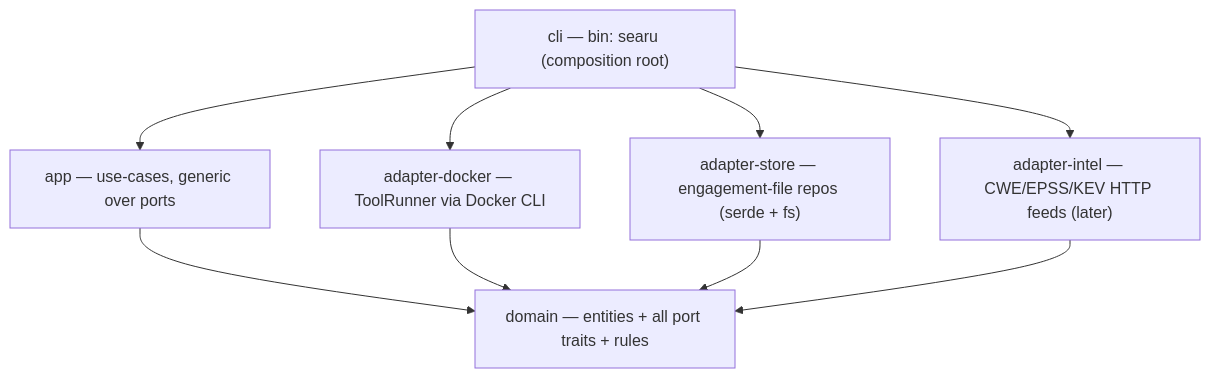
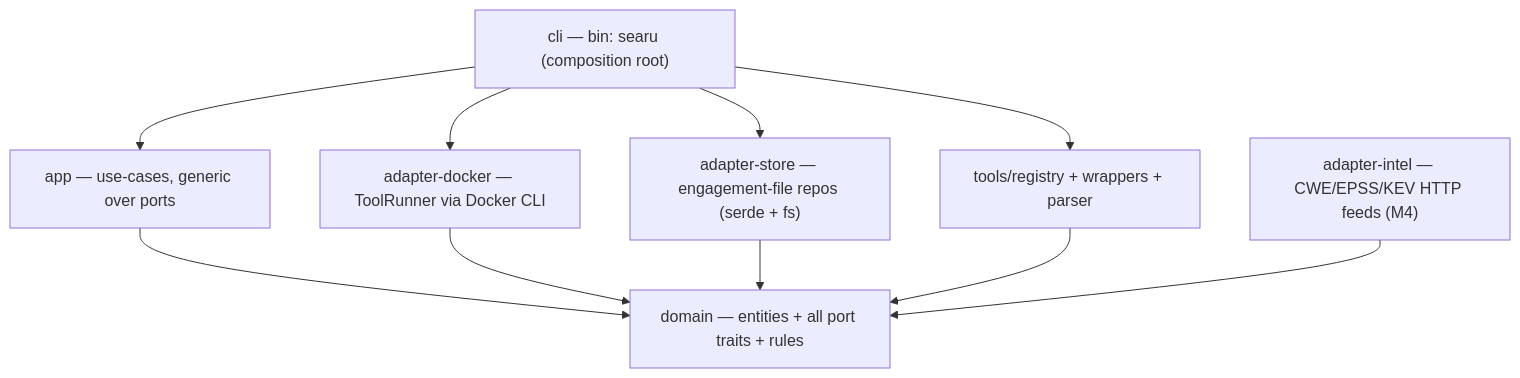
One commit to acodeninja/searu changed the first of 2 diagrams in docs/architecture.md. Above: the diagram before and after it, drawn with Mermaid. The commit also changed other lines of this file and 3 other files, not shown here.

````diff
--- a/docs/architecture.md
+++ b/docs/architecture.md
@@ -15,18 +15,20 @@
 ```mermaid
 graph TD
     cli["cli — bin: searu (composition root)"]
     app["app — use-cases, generic over ports"]
     domain["domain — entities + all port traits + rules"]
     ad["adapter-docker — ToolRunner via Docker CLI"]
-    as["adapter-store — engagement-file repos (serde + fs)"]
-    ai["adapter-intel — CWE/EPSS/KEV HTTP feeds (later)"]
+    ast["adapter-store — engagement-file repos (serde + fs)"]
+    tr["tools/registry + wrappers + parser"]
+    ai["adapter-intel — CWE/EPSS/KEV HTTP feeds (M4)"]
 
     cli --> app
     cli --> ad
-    cli --> as
-    cli --> ai
+    cli --> ast
+    cli --> tr
     app --> domain
     ad --> domain
-    as --> domain
+    ast --> domain
+    tr --> domain
     ai --> domain
 ```
````
